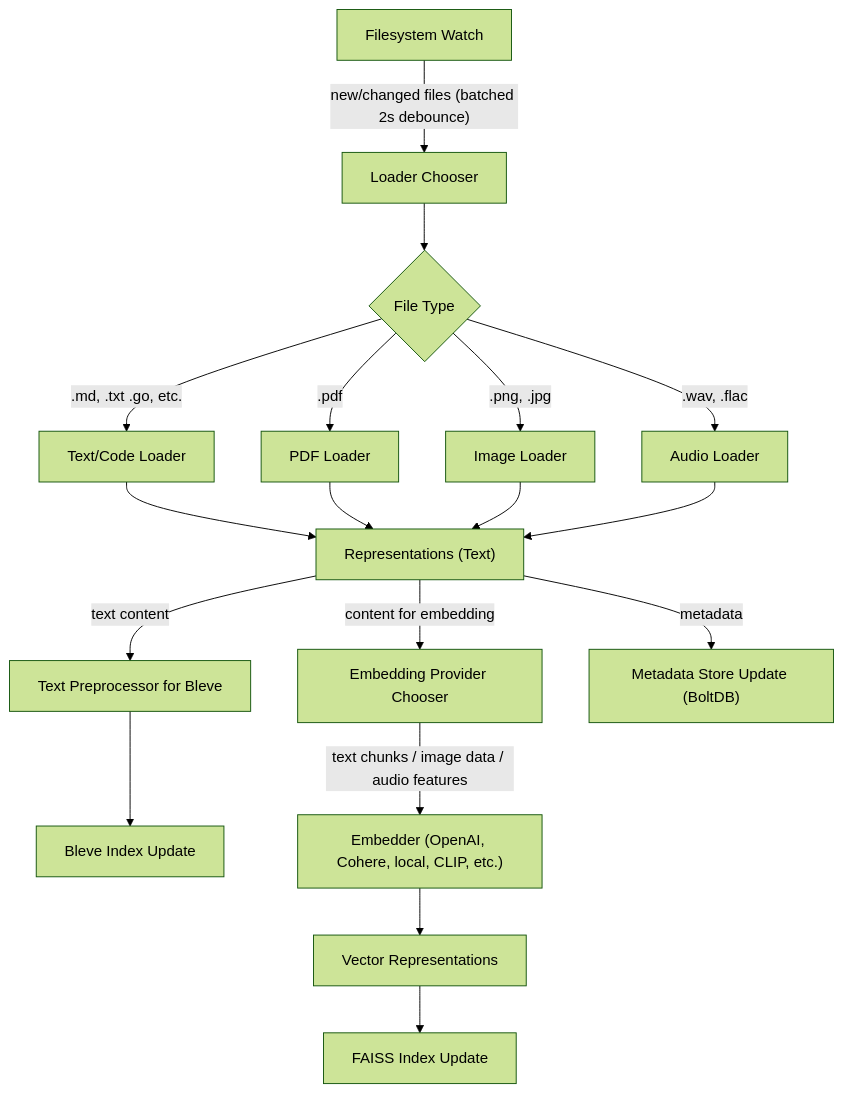
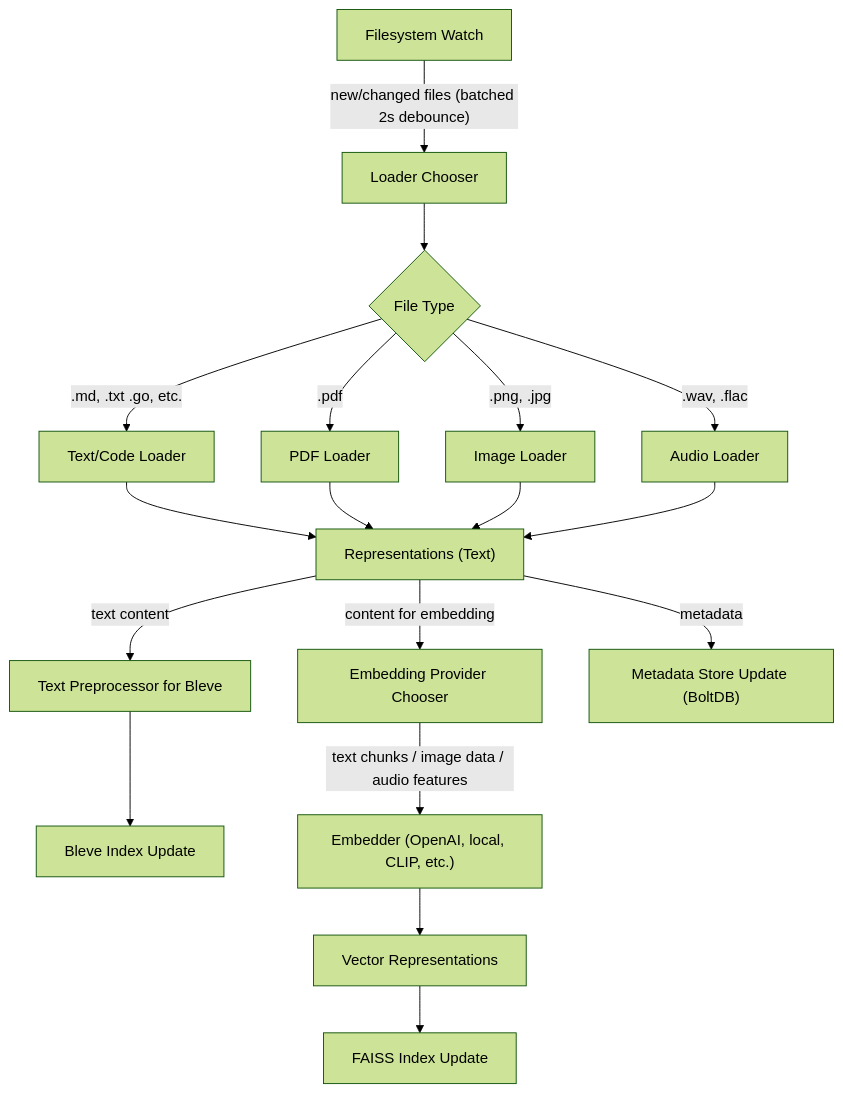
The second of 2 diagrams in spec.md (omarkamali/semango), drawn with Mermaid (forest theme) before and after one commit. The commit also changed other lines of this file and 12 other files, not shown here.

````diff
--- a/spec.md
+++ b/spec.md
@@ -257,24 +265,24 @@
 ```mermaid
 graph TD
     A["Filesystem Watch"] -- "new/changed files (batched 2s debounce)" --> B["Loader Chooser"]
     B --> C{"File Type"}
     C -- ".md, .txt .go, etc." --> D["Text/Code Loader"]
     C -- ".pdf" --> E["PDF Loader"]
     C -- ".png, .jpg" --> F["Image Loader"]
     C -- ".wav, .flac" --> G["Audio Loader"]
     
     D --> H["Representations (Text)"]
     E --> H
     F --> H
     G --> H
 
     H -- "text content" --> I["Text Preprocessor for Bleve"]
     I --> J["Bleve Index Update"]
     
     H -- "content for embedding" --> K["Embedding Provider Chooser"]
-    K -- "text chunks / image data / audio features" --> L["Embedder (OpenAI, Cohere, local, CLIP, etc.)"]
+    K -- "text chunks / image data / audio features" --> L["Embedder (OpenAI, local, CLIP, etc.)"]
     L --> M["Vector Representations"]
     M --> N["FAISS Index Update"]
 
     H -- "metadata" --> O["Metadata Store Update (BoltDB)"]
 ```
````
